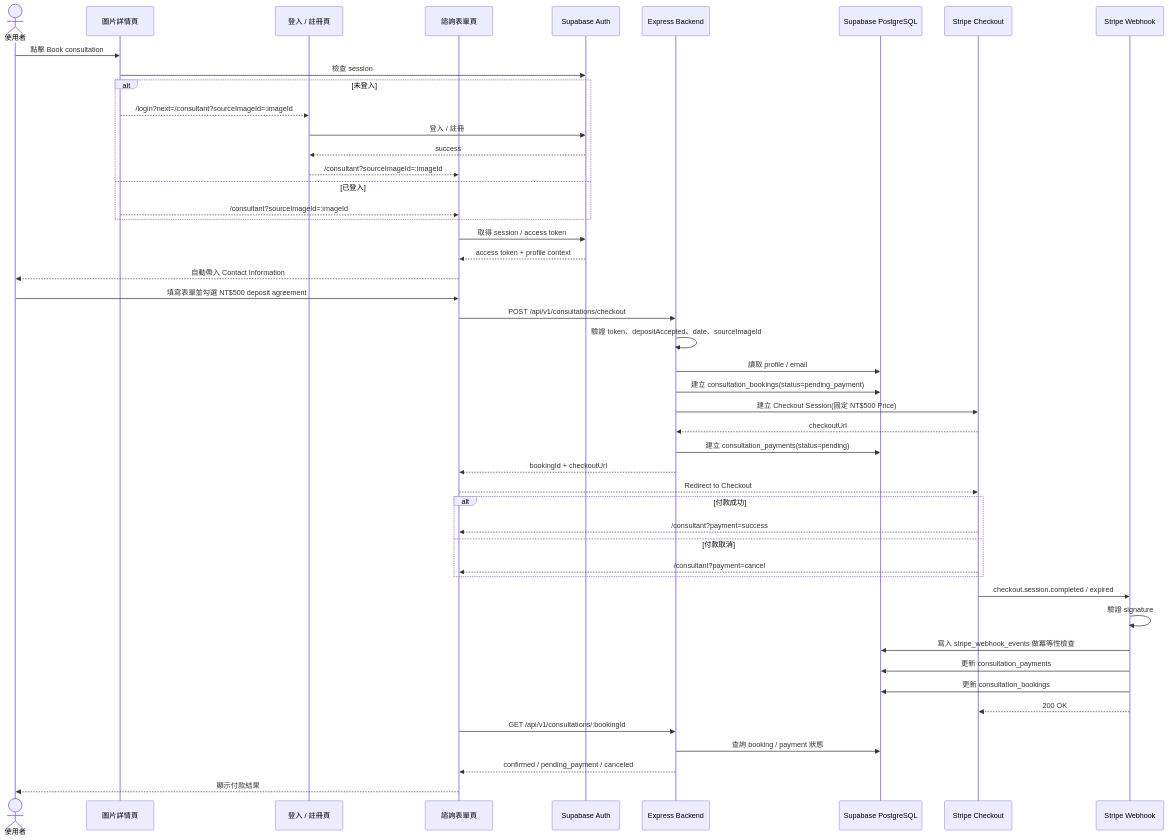
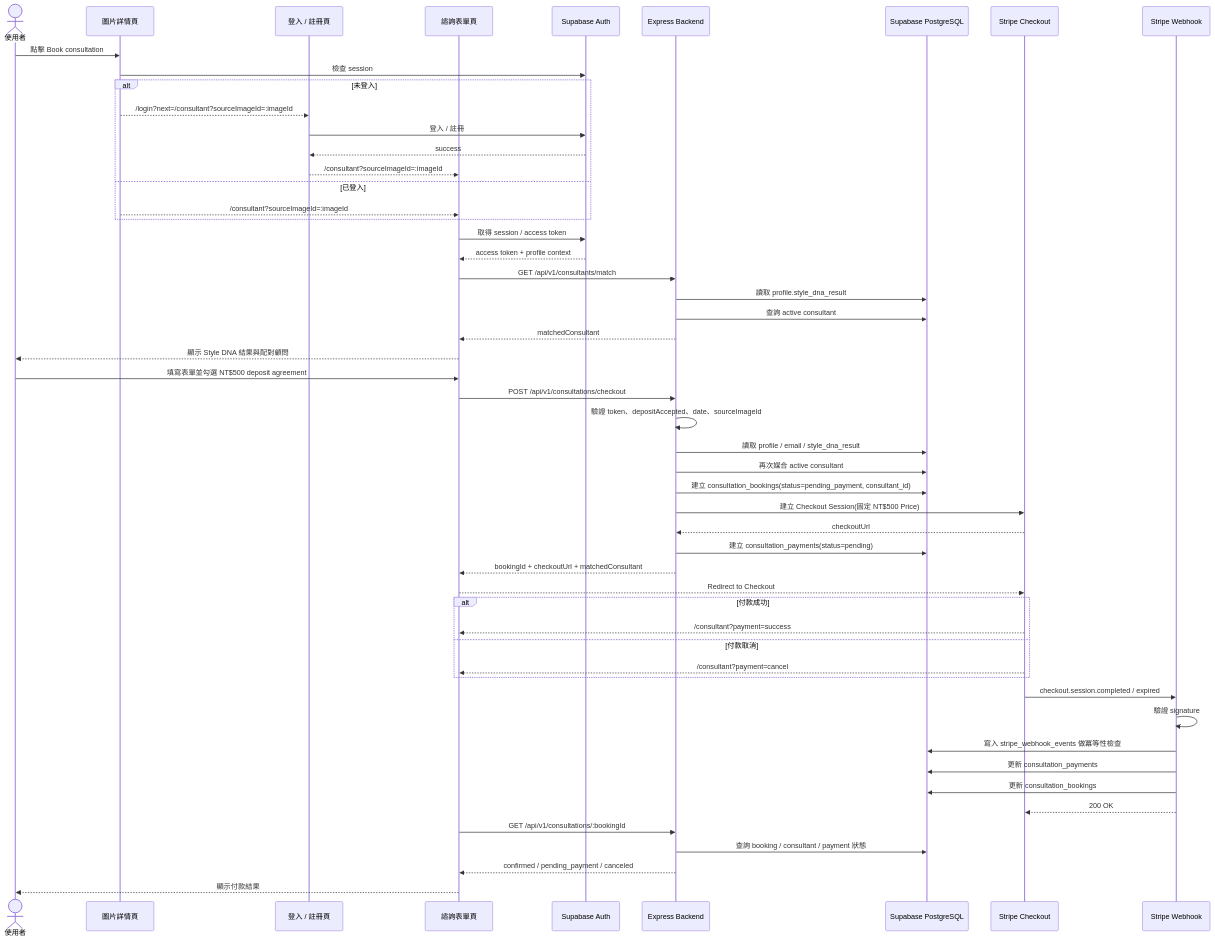
One commit to asterism-studio/asterism-backend changed the diagram in docs/consultation-payment-technical-spec.md. Above: the diagram before and after it, drawn with Mermaid. The commit also changed other lines of this file and 2 other files, not shown here.

````diff
--- a/docs/consultation-payment-technical-spec.md
+++ b/docs/consultation-payment-technical-spec.md
@@ -304,56 +498,64 @@
 ```mermaid
 sequenceDiagram
   actor User as 使用者
   participant Detail as 圖片詳情頁
   participant Login as 登入 / 註冊頁
   participant FE as 諮詢表單頁
   participant Auth as Supabase Auth
   participant API as Express Backend
   participant DB as Supabase PostgreSQL
   participant Stripe as Stripe Checkout
   participant Webhook as Stripe Webhook
 
   User->>Detail: 點擊 Book consultation
   Detail->>Auth: 檢查 session
+
   alt 未登入
     Detail-->>Login: /login?next=/consultant?sourceImageId=:imageId
     Login->>Auth: 登入 / 註冊
     Auth-->>Login: success
     Login-->>FE: /consultant?sourceImageId=:imageId
   else 已登入
     Detail-->>FE: /consultant?sourceImageId=:imageId
   end
 
   FE->>Auth: 取得 session / access token
   Auth-->>FE: access token + profile context
-  FE-->>User: 自動帶入 Contact Information
+
+  FE->>API: GET /api/v1/consultants/match
+  API->>DB: 讀取 profile.style_dna_result
+  API->>DB: 查詢 active consultant
+  API-->>FE: matchedConsultant
+  FE-->>User: 顯示 Style DNA 結果與配對顧問
+
   User->>FE: 填寫表單並勾選 NT$500 deposit agreement
 
   FE->>API: POST /api/v1/consultations/checkout
   API->>API: 驗證 token、depositAccepted、date、sourceImageId
-  API->>DB: 讀取 profile / email
-  API->>DB: 建立 consultation_bookings(status=pending_payment)
+  API->>DB: 讀取 profile / email / style_dna_result
+  API->>DB: 再次媒合 active consultant
+  API->>DB: 建立 consultation_bookings(status=pending_payment, consultant_id)
   API->>Stripe: 建立 Checkout Session(固定 NT$500 Price)
   Stripe-->>API: checkoutUrl
   API->>DB: 建立 consultation_payments(status=pending)
-  API-->>FE: bookingId + checkoutUrl
+  API-->>FE: bookingId + checkoutUrl + matchedConsultant
   FE-->>Stripe: Redirect to Checkout
 
   alt 付款成功
     Stripe-->>FE: /consultant?payment=success
   else 付款取消
     Stripe-->>FE: /consultant?payment=cancel
   end
 
   Stripe->>Webhook: checkout.session.completed / expired
   Webhook->>Webhook: 驗證 signature
   Webhook->>DB: 寫入 stripe_webhook_events 做冪等性檢查
   Webhook->>DB: 更新 consultation_payments
   Webhook->>DB: 更新 consultation_bookings
   Webhook-->>Stripe: 200 OK
 
   FE->>API: GET /api/v1/consultations/:bookingId
-  API->>DB: 查詢 booking / payment 狀態
+  API->>DB: 查詢 booking / consultant / payment 狀態
   API-->>FE: confirmed / pending_payment / canceled
   FE-->>User: 顯示付款結果
 ```
````
